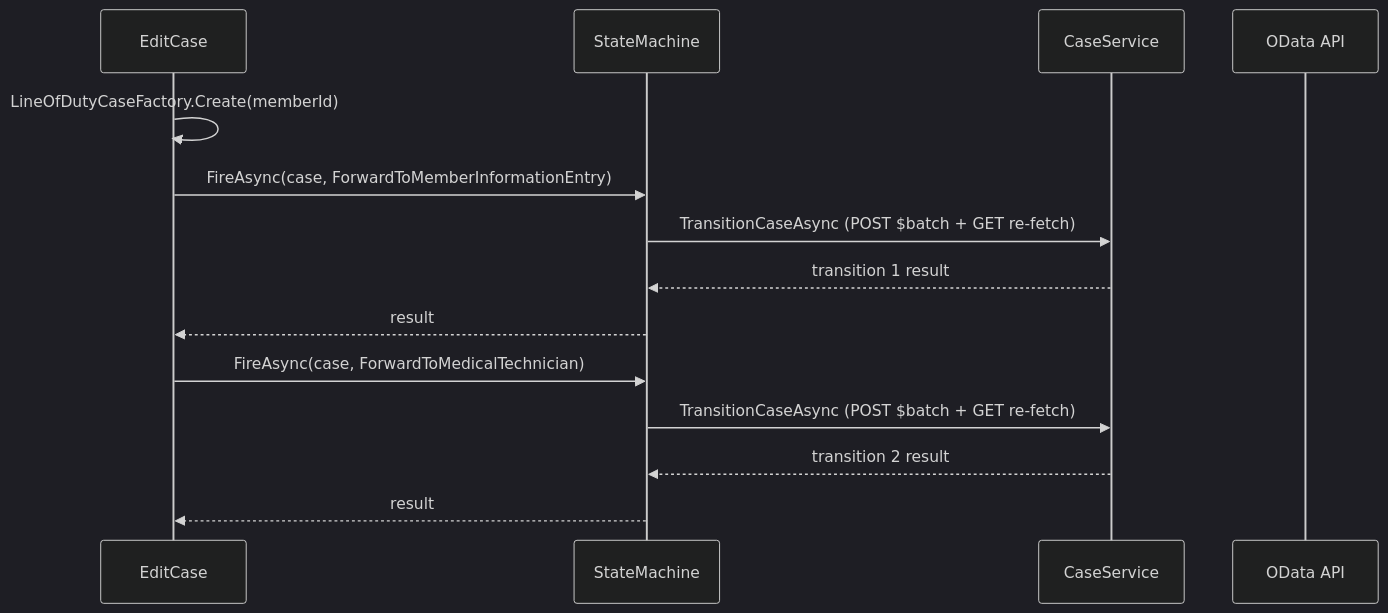
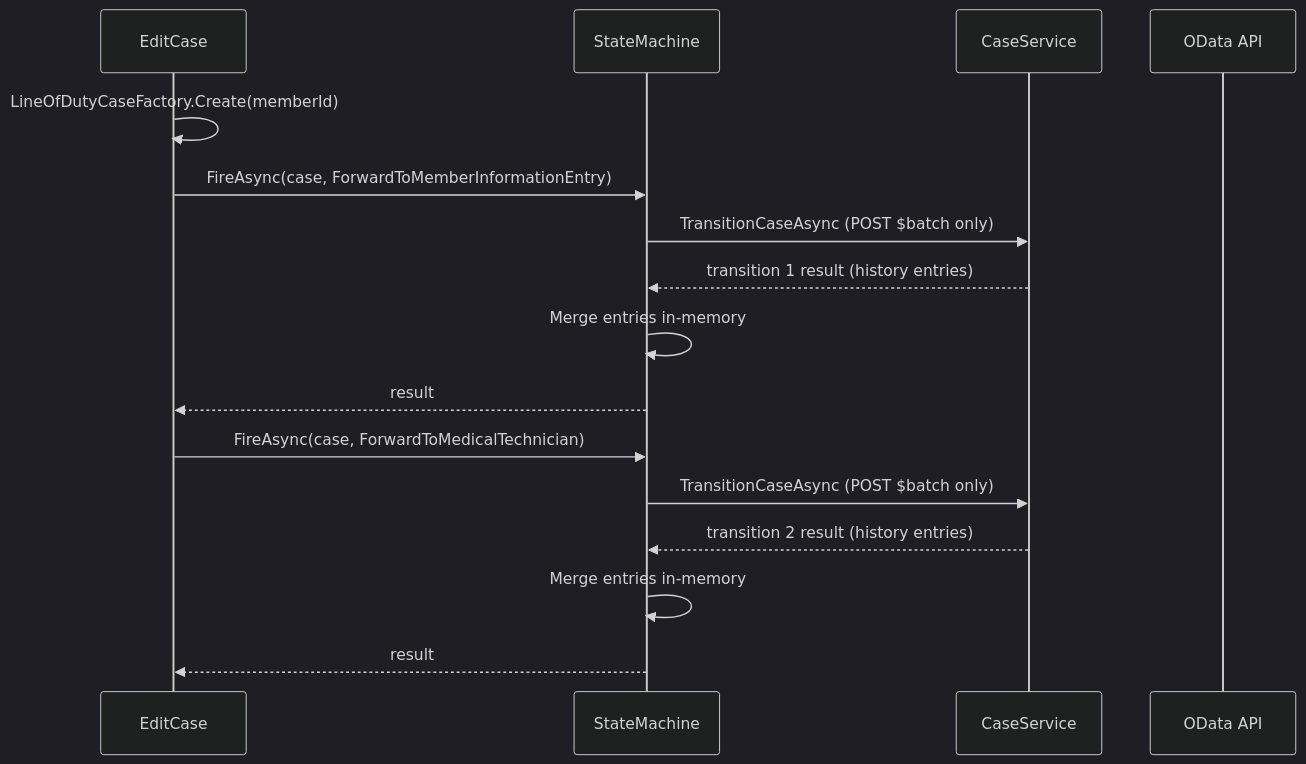
Before and after one commit to donellmccoy/FormValidationExperiments: the fourth of 4 diagrams in docs/call-sequence-analysis.md, drawn with Mermaid (dark theme). The commit also changed other lines of this file and 9 other files, not shown here.

````diff
--- a/docs/call-sequence-analysis.md
+++ b/docs/call-sequence-analysis.md
@@ -103,18 +123,20 @@
 ```mermaid
 sequenceDiagram
     participant UI as EditCase
     participant SM as StateMachine
     participant CS as CaseService
     participant API as OData API
 
     UI->>UI: LineOfDutyCaseFactory.Create(memberId)
     UI->>SM: FireAsync(case, ForwardToMemberInformationEntry)
-    SM->>CS: TransitionCaseAsync (POST $batch + GET re-fetch)
-    CS-->>SM: transition 1 result
+    SM->>CS: TransitionCaseAsync (POST $batch only)
+    CS-->>SM: transition 1 result (history entries)
+    SM->>SM: Merge entries in-memory
     SM-->>UI: result
 
     UI->>SM: FireAsync(case, ForwardToMedicalTechnician)
-    SM->>CS: TransitionCaseAsync (POST $batch + GET re-fetch)
-    CS-->>SM: transition 2 result
+    SM->>CS: TransitionCaseAsync (POST $batch only)
+    CS-->>SM: transition 2 result (history entries)
+    SM->>SM: Merge entries in-memory
     SM-->>UI: result
 ```
````
